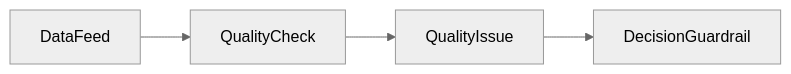
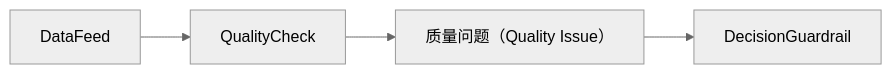
Before and after one commit to rexlin600/ontology_practice: the diagram in days/Day-09.md, drawn with Mermaid (neutral theme). The commit also changed other lines of this file, not shown here.

````diff
--- a/days/Day-09.md
+++ b/days/Day-09.md
@@ -16,7 +31,7 @@
 ```mermaid
 flowchart LR
   DataFeed["DataFeed"] --> QualityCheck["QualityCheck"]
-  QualityCheck["QualityCheck"] --> QualityIssue["QualityIssue"]
-  QualityIssue["QualityIssue"] --> DecisionGuardrail["DecisionGuardrail"]
+  QualityCheck["QualityCheck"] --> QualityIssue["质量问题（Quality Issue）"]
+  QualityIssue["质量问题（Quality Issue）"] --> DecisionGuardrail["DecisionGuardrail"]
 
 ```
````
